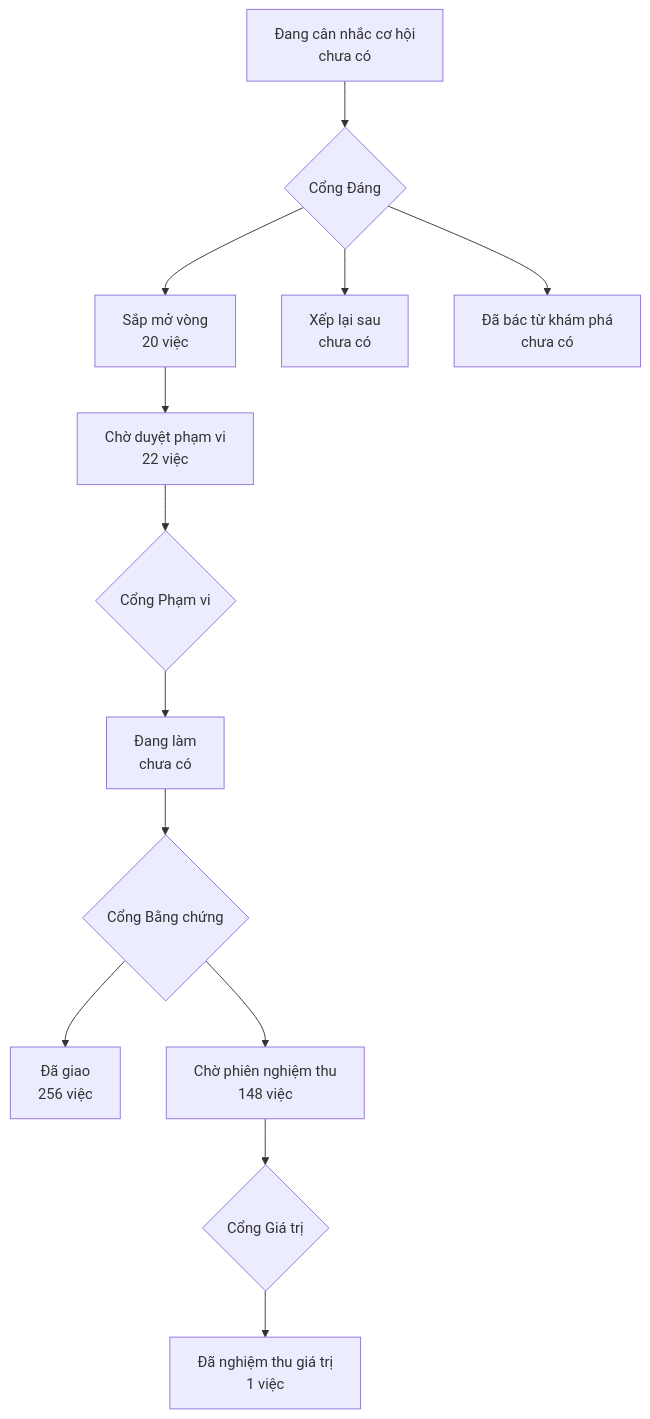
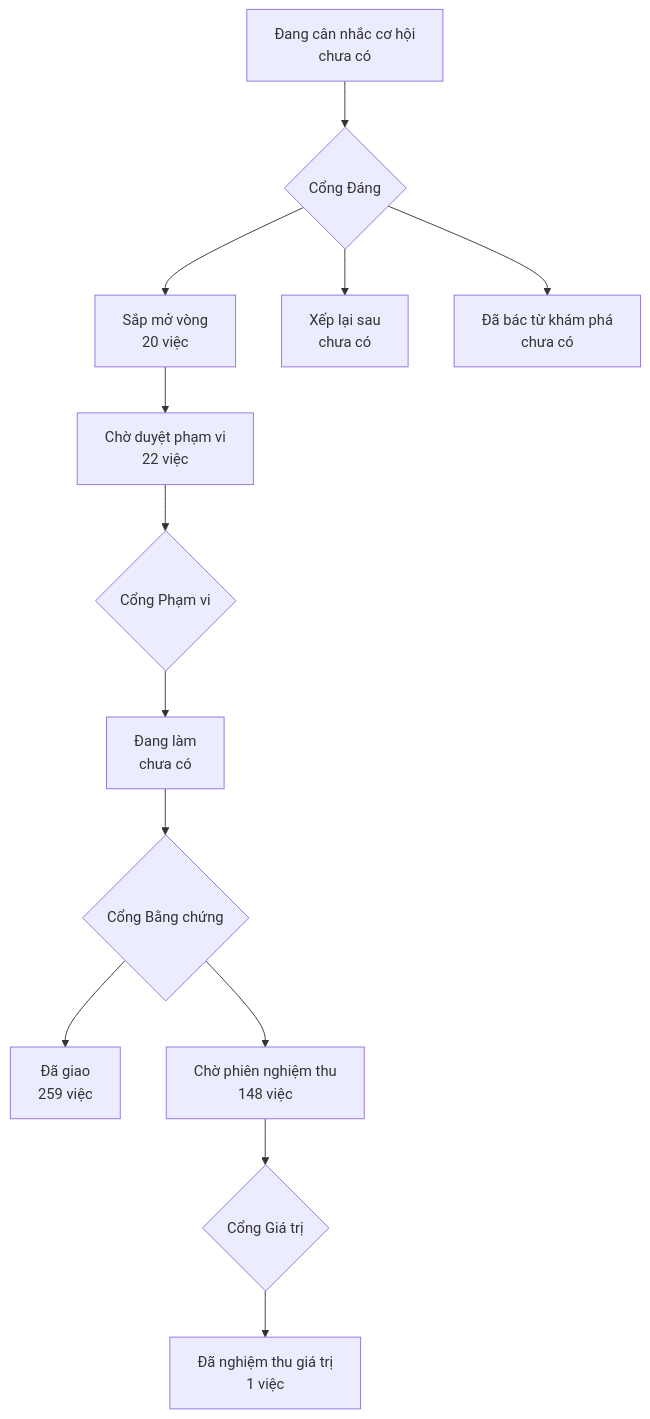
The diagram in PRODUCT-MAP.md (phanlemanh/onehub-invest), drawn with Mermaid before and after one commit. The commit also changed other lines of this file and 1 other file, not shown here.

````diff
--- a/PRODUCT-MAP.md
+++ b/PRODUCT-MAP.md
@@ -7,12 +7,12 @@
 ```mermaid
 flowchart TD
   A["Đang cân nhắc cơ hội<br/>chưa có"] --> GD{"Cổng Đáng"}
   GD --> B["Sắp mở vòng<br/>20 việc"]
   GD --> XL["Xếp lại sau<br/>chưa có"]
   GD --> DB["Đã bác từ khám phá<br/>chưa có"]
   B --> CD["Chờ duyệt phạm vi<br/>22 việc"] --> GP{"Cổng Phạm vi"}
   GP --> DL["Đang làm<br/>chưa có"] --> GB{"Cổng Bằng chứng"}
-  GB --> DG["Đã giao<br/>256 việc"]
+  GB --> DG["Đã giao<br/>259 việc"]
   GB --> CN["Chờ phiên nghiệm thu<br/>148 việc"] --> GG{"Cổng Giá trị"}
   GG --> NT["Đã nghiệm thu giá trị<br/>1 việc"]
 ```
````
